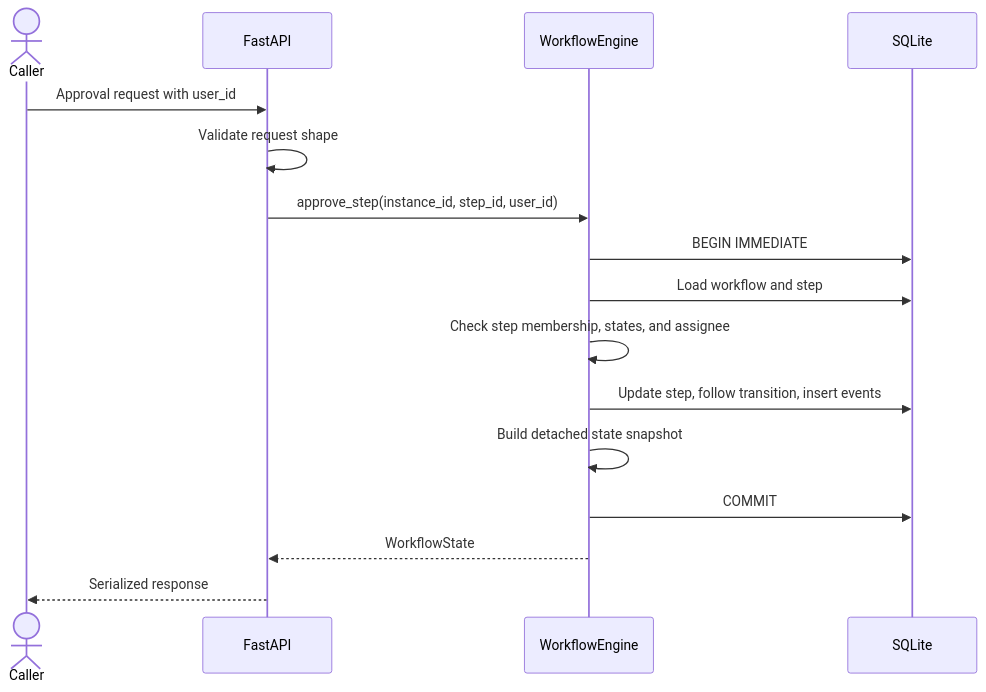
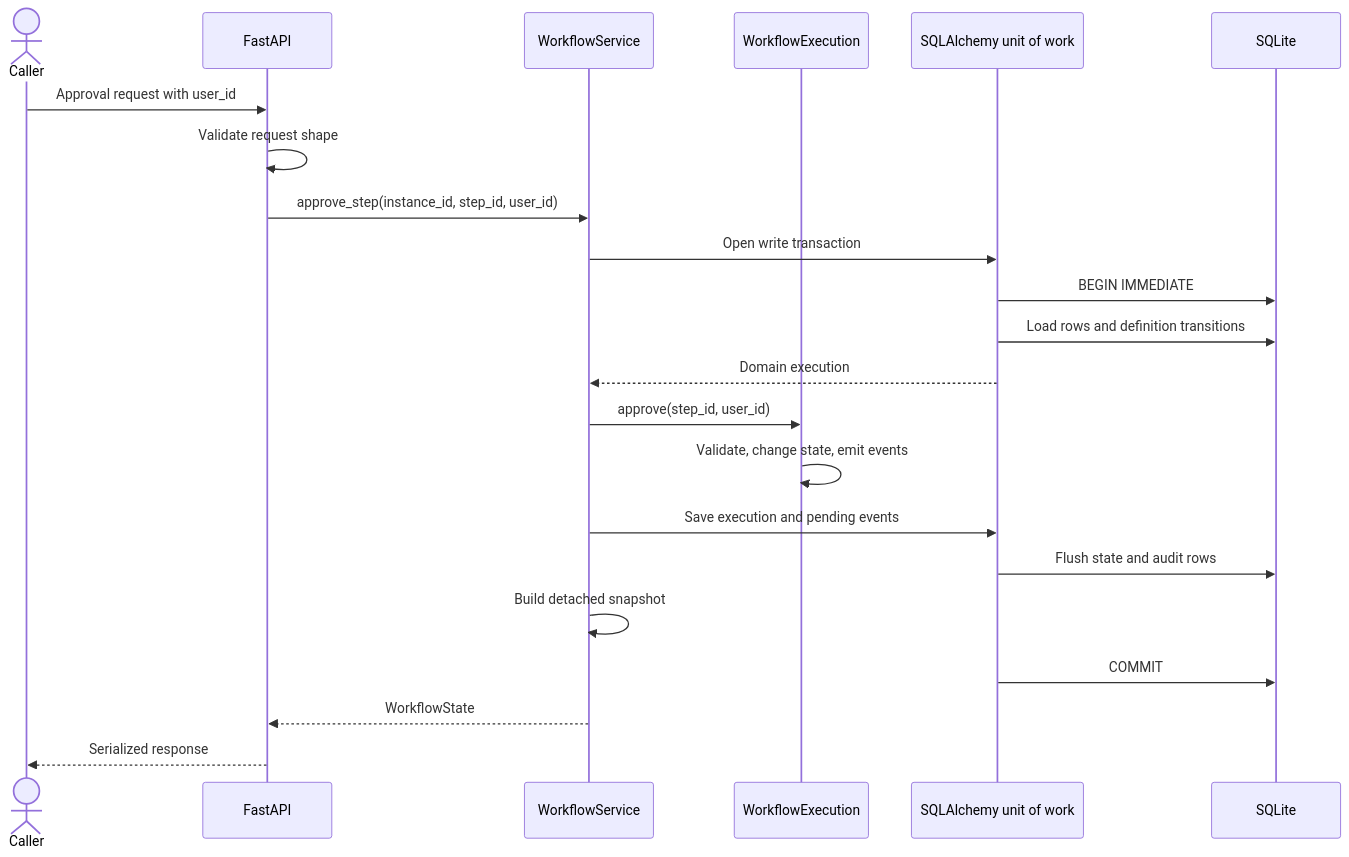
One commit to ace2358/Risk-Desk-Approval-Workflow changed the second of 2 diagrams in docs/architecture.md. Above: the diagram before and after it, drawn with Mermaid. The commit also changed other lines of this file and 35 other files, not shown here.

Commit message:
feat: rearchitect

````diff
--- a/docs/architecture.md
+++ b/docs/architecture.md
@@ -58,18 +81,24 @@
 ```mermaid
 sequenceDiagram
     actor Caller
     participant API as FastAPI
-    participant Engine as WorkflowEngine
+    participant Service as WorkflowService
+    participant Domain as WorkflowExecution
+    participant UoW as SQLAlchemy unit of work
     participant DB as SQLite
     Caller->>API: Approval request with user_id
     API->>API: Validate request shape
-    API->>Engine: approve_step(instance_id, step_id, user_id)
-    Engine->>DB: BEGIN IMMEDIATE
-    Engine->>DB: Load workflow and step
-    Engine->>Engine: Check step membership, states, and assignee
-    Engine->>DB: Update step, follow transition, insert events
-    Engine->>Engine: Build detached state snapshot
-    Engine->>DB: COMMIT
-    Engine-->>API: WorkflowState
+    API->>Service: approve_step(instance_id, step_id, user_id)
+    Service->>UoW: Open write transaction
+    UoW->>DB: BEGIN IMMEDIATE
+    UoW->>DB: Load rows and definition transitions
+    UoW-->>Service: Domain execution
+    Service->>Domain: approve(step_id, user_id)
+    Domain->>Domain: Validate, change state, emit events
+    Service->>UoW: Save execution and pending events
+    UoW->>DB: Flush state and audit rows
+    Service->>Service: Build detached snapshot
+    UoW->>DB: COMMIT
+    Service-->>API: WorkflowState
     API-->>Caller: Serialized response
 ```
````
